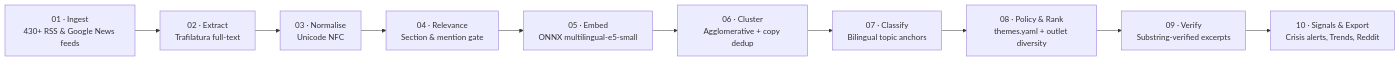
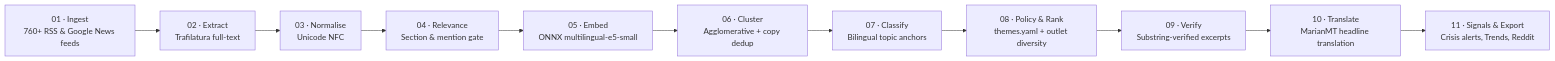
Before and after one commit to gergkar-gif/argos-monitor: the diagram in README.md, drawn with Mermaid. The commit also changed other lines of this file, not shown here.

Commit message:
docs(readme): sync 11-stage pipeline, 87 country desks, and MarianMT translation

````diff
--- a/README.md
+++ b/README.md
@@ -39,12 +39,13 @@
 ```mermaid
 flowchart LR
-    A["01 · Ingest<br/>430+ RSS & Google News feeds"] --> B["02 · Extract<br/>Trafilatura full-text"]
+    A["01 · Ingest<br/>760+ RSS & Google News feeds"] --> B["02 · Extract<br/>Trafilatura full-text"]
     B --> C["03 · Normalise<br/>Unicode NFC"]
     C --> D["04 · Relevance<br/>Section & mention gate"]
     D --> E["05 · Embed<br/>ONNX multilingual-e5-small"]
     E --> F["06 · Cluster<br/>Agglomerative + copy dedup"]
     F --> G["07 · Classify<br/>Bilingual topic anchors"]
     G --> H["08 · Policy & Rank<br/>themes.yaml + outlet diversity"]
     H --> I["09 · Verify<br/>Substring-verified excerpts"]
-    I --> J["10 · Signals & Export<br/>Crisis alerts, Trends, Reddit"]
+    I --> J["10 · Translate<br/>MarianMT headline translation"]
+    J --> K["11 · Signals & Export<br/>Crisis alerts, Trends, Reddit"]
 ```
````
